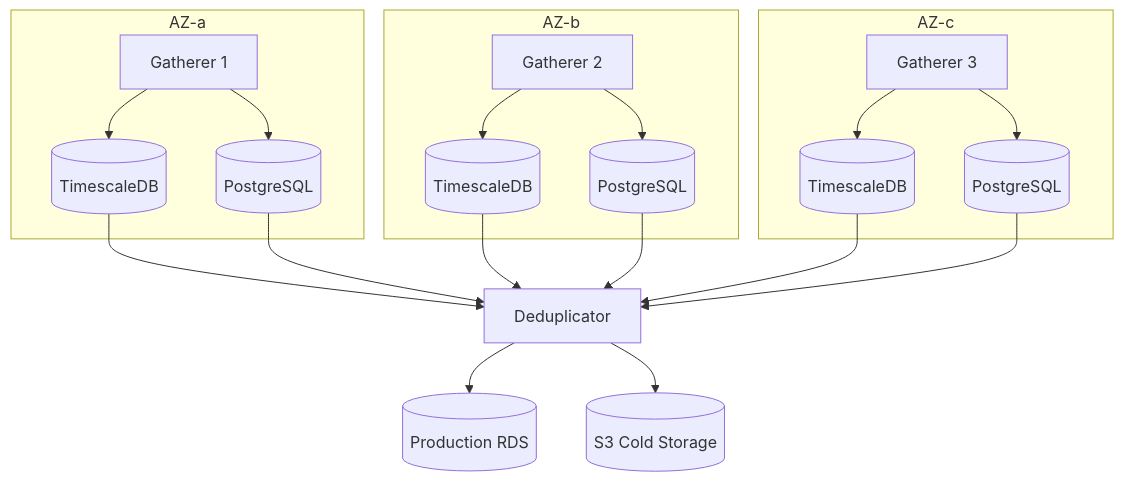
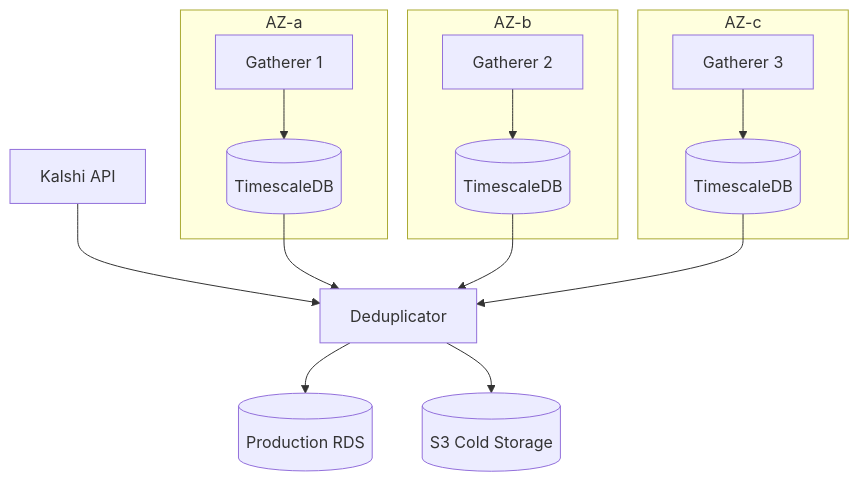
The diagram in docs/kalshi-data/platform_overview.md (Projectsrxg/kalshi_v2), drawn with Mermaid before and after one commit. The commit also changed other lines of this file and 27 other files, not shown here.

````diff
--- a/docs/kalshi-data/platform_overview.md
+++ b/docs/kalshi-data/platform_overview.md
@@ -107,33 +107,25 @@
 ```mermaid
 flowchart TD
     subgraph AZ1["AZ-a"]
         G1[Gatherer 1]
         TS1[(TimescaleDB)]
-        PG1[(PostgreSQL)]
         G1 --> TS1
-        G1 --> PG1
     end
     subgraph AZ2["AZ-b"]
         G2[Gatherer 2]
         TS2[(TimescaleDB)]
-        PG2[(PostgreSQL)]
         G2 --> TS2
-        G2 --> PG2
     end
     subgraph AZ3["AZ-c"]
         G3[Gatherer 3]
         TS3[(TimescaleDB)]
-        PG3[(PostgreSQL)]
         G3 --> TS3
-        G3 --> PG3
     end
 
-    TS1 --> DEDUP[Deduplicator]
+    KALSHI[Kalshi API] --> DEDUP[Deduplicator]
+    TS1 --> DEDUP
     TS2 --> DEDUP
     TS3 --> DEDUP
-    PG1 --> DEDUP
-    PG2 --> DEDUP
-    PG3 --> DEDUP
     DEDUP --> PROD[(Production RDS)]
     DEDUP --> S3[(S3 Cold Storage)]
 ```
````
